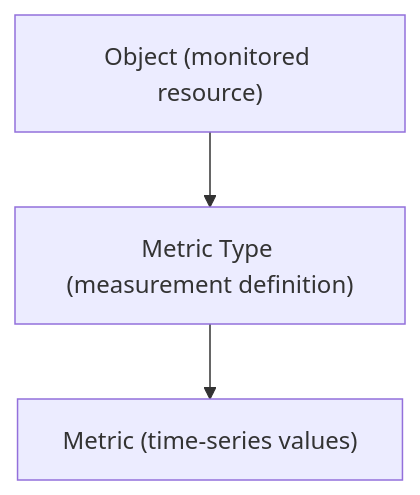
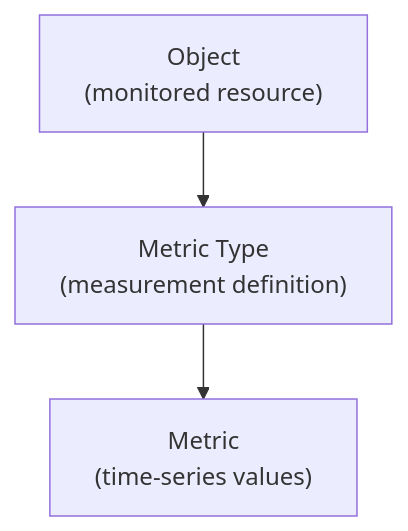
Before and after one commit to xautomata/User-Interface-Manual: the diagram in docs/metrics.md, drawn with Mermaid. The commit also changed 3 other files, not shown here.

Commit message:
Enhance Mermaid diagrams in documentation for Customers, Metrics, Dashboard Management, and Tree Hierarchy View; improve readability with line breaks in labels

````diff
--- a/docs/metrics.md
+++ b/docs/metrics.md
@@ -18,10 +18,10 @@
 ```mermaid
 flowchart TD
 
-O["Object (monitored resource)"]
-MT["Metric Type (measurement definition)"]
-M["Metric (time-series values)"]
+O["Object<br>(monitored resource)"]
+MT["Metric Type<br>(measurement definition)"]
+M["Metric<br>(time-series values)"]
 
 O --> MT
 MT --> M
 ```
````
